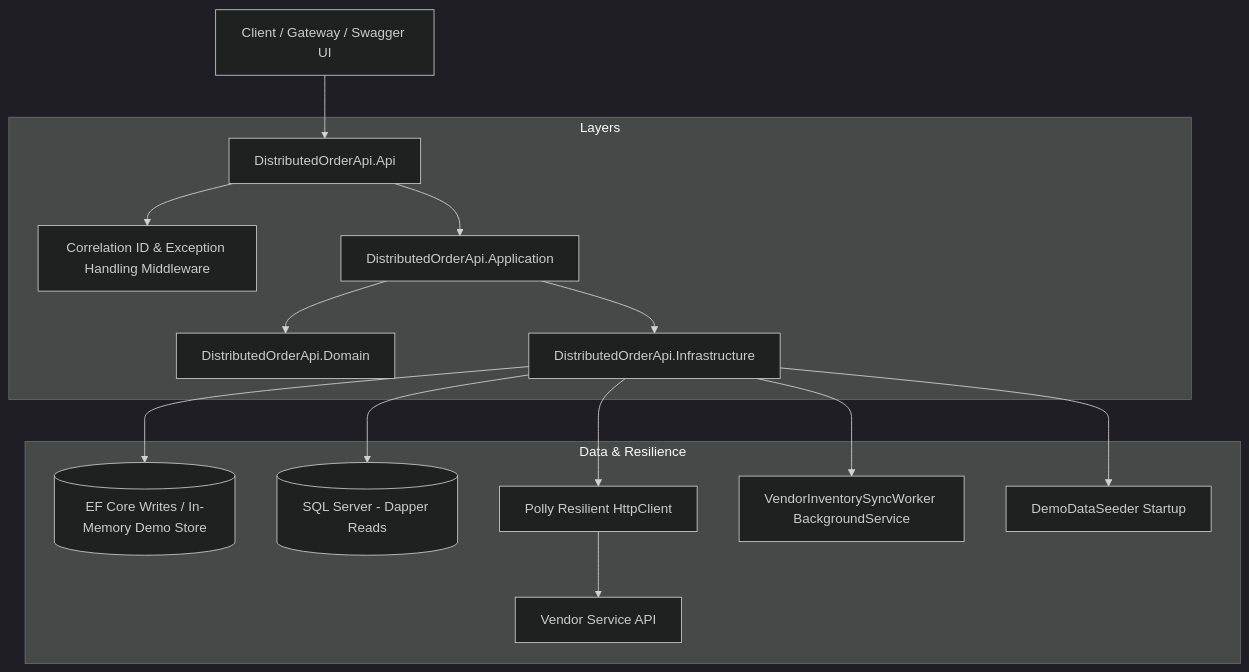
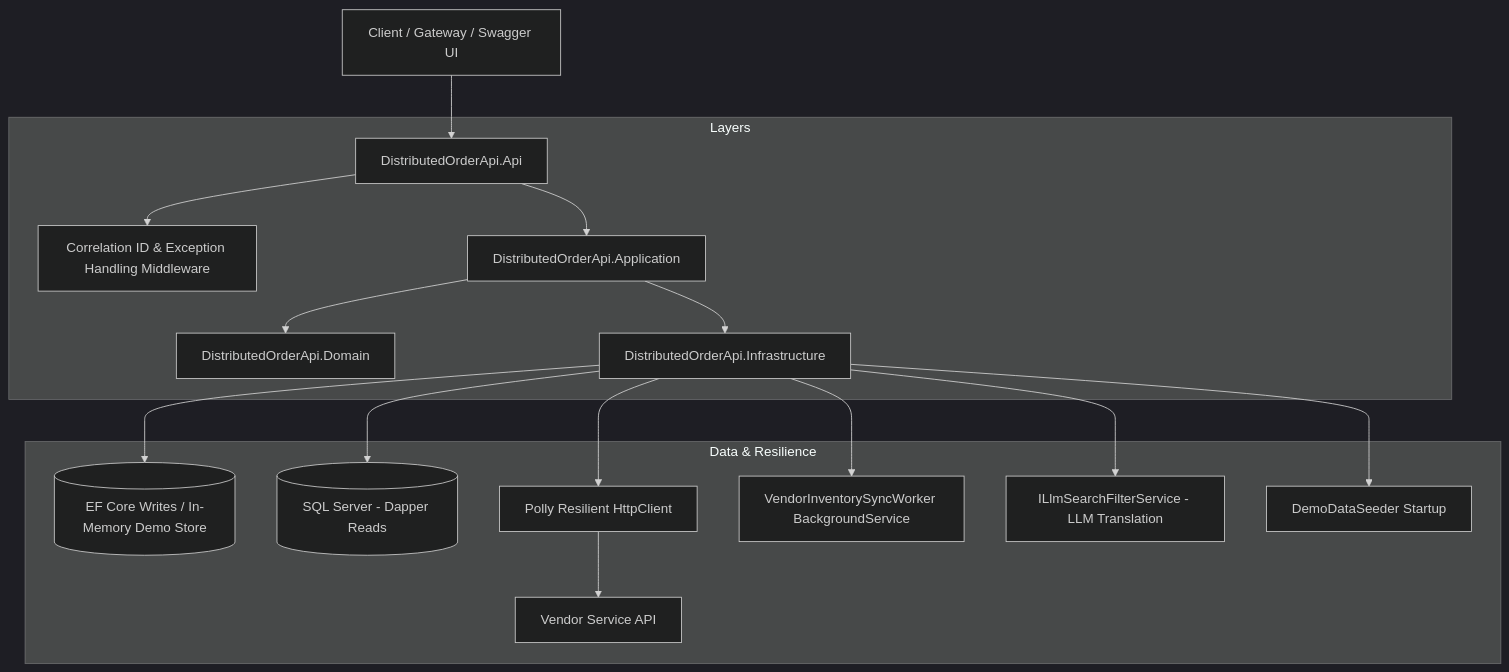
The diagram in README.md (AliceOnTheSea/DistributedOrderApi), drawn with Mermaid (dark theme) before and after one commit. The commit also changed other lines of this file, not shown here.

Commit message:
docs: update README.md architecture diagram and highlights with LLM natural language search

````diff
--- a/README.md
+++ b/README.md
@@ -18,20 +18,21 @@
 ```mermaid
 graph TD
     Client[Client / Gateway / Swagger UI] --> API[DistributedOrderApi.Api]
     
     subgraph Layers
         API --> Middleware[Correlation ID & Exception Handling Middleware]
         API --> App[DistributedOrderApi.Application]
         App --> Domain[DistributedOrderApi.Domain]
         App --> Infra[DistributedOrderApi.Infrastructure]
     end
 
     subgraph Data & Resilience
         Infra --> EFCore[(EF Core Writes / In-Memory Demo Store)]
         Infra --> Dapper[(SQL Server - Dapper Reads)]
         Infra --> Polly[Polly Resilient HttpClient]
         Polly --> External[Vendor Service API]
         Infra --> Worker[VendorInventorySyncWorker BackgroundService]
+        Infra --> LLM[ILlmSearchFilterService - LLM Translation]
         Infra --> Seeder[DemoDataSeeder Startup]
     end
 ```
````
